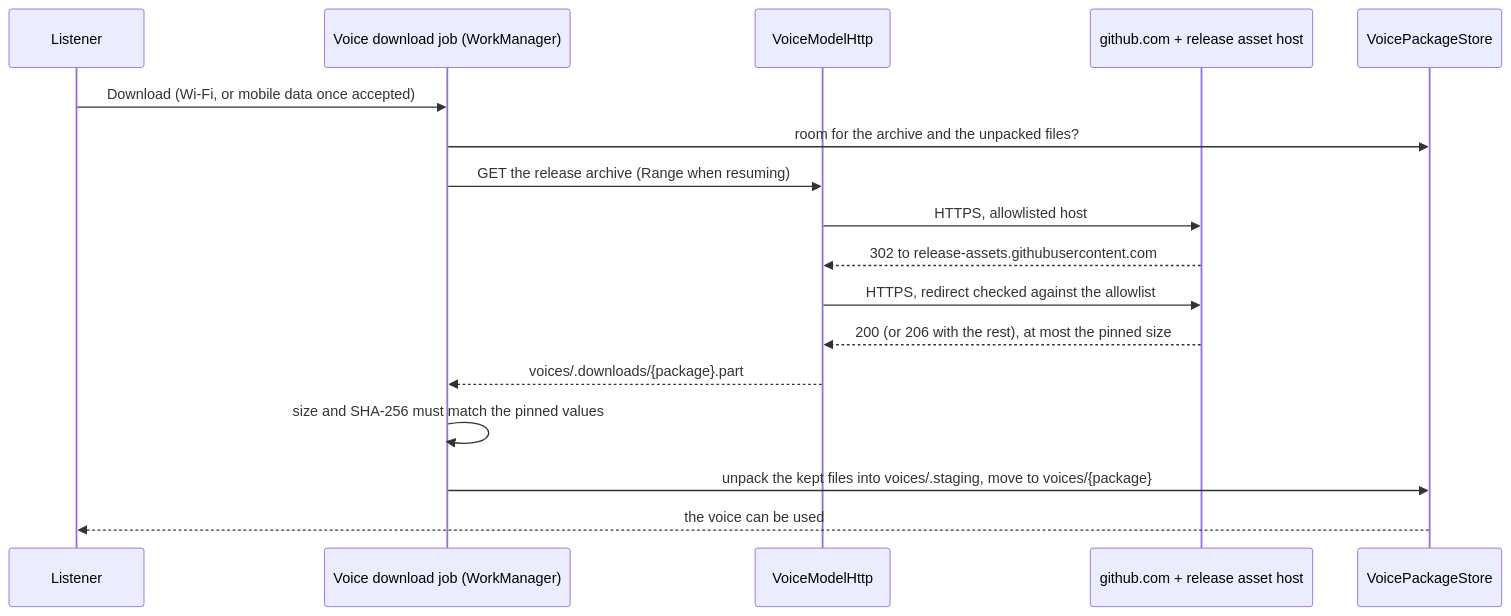
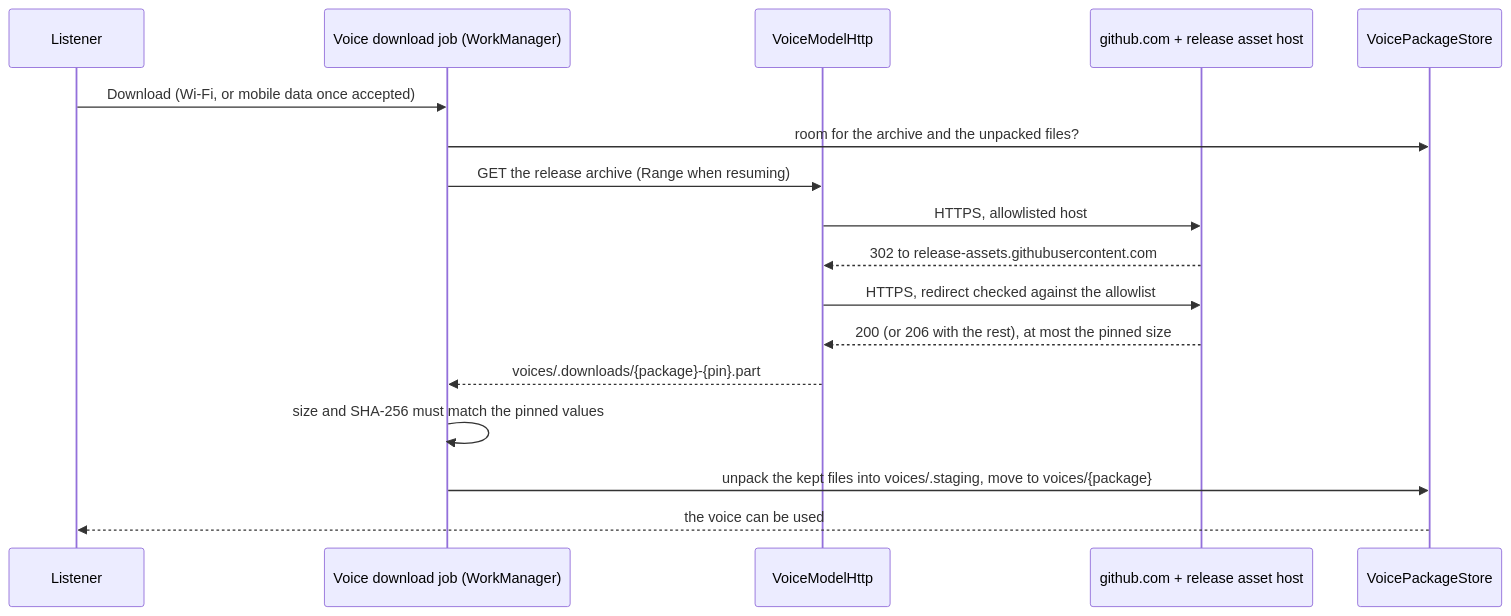
The seventh of 8 diagrams in docs/architecture.md (giovannism20/redesigned-octo-palm-tree), drawn with Mermaid before and after one commit. The commit also changed other lines of this file and 5 other files, not shown here.

First line of the commit message:
fix(voices): name partial downloads after their pin and clear leftovers

````diff
--- a/docs/architecture.md
+++ b/docs/architecture.md
@@ -348,19 +348,19 @@
 ```mermaid
 sequenceDiagram
     participant U as Listener
     participant J as Voice download job (WorkManager)
     participant H as VoiceModelHttp
     participant G as github.com + release asset host
     participant S as VoicePackageStore
     U->>J: Download (Wi-Fi, or mobile data once accepted)
     J->>S: room for the archive and the unpacked files?
     J->>H: GET the release archive (Range when resuming)
     H->>G: HTTPS, allowlisted host
     G-->>H: 302 to release-assets.githubusercontent.com
     H->>G: HTTPS, redirect checked against the allowlist
     G-->>H: 200 (or 206 with the rest), at most the pinned size
-    H-->>J: voices/.downloads/{package}.part
+    H-->>J: voices/.downloads/{package}-{pin}.part
     J->>J: size and SHA-256 must match the pinned values
     J->>S: unpack the kept files into voices/.staging, move to voices/{package}
     S-->>U: the voice can be used
 ```
````
